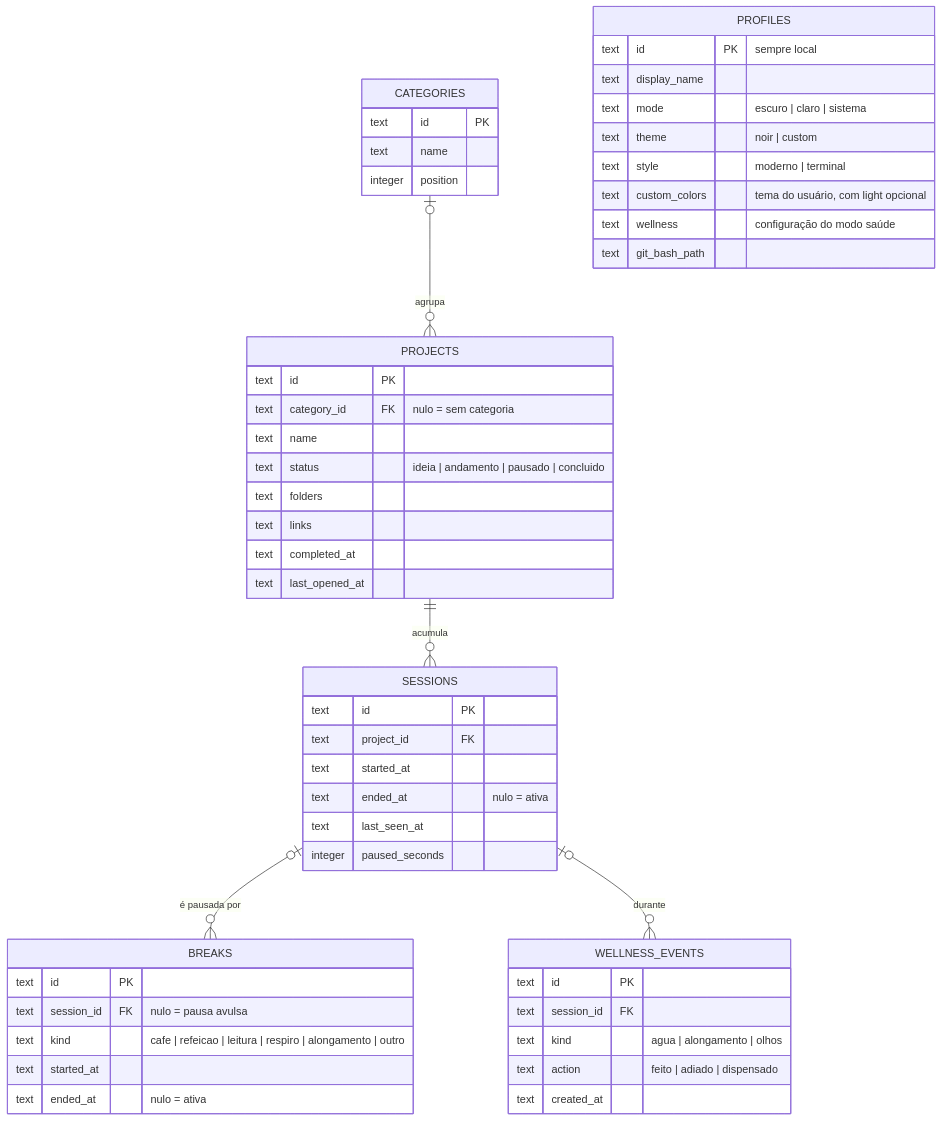
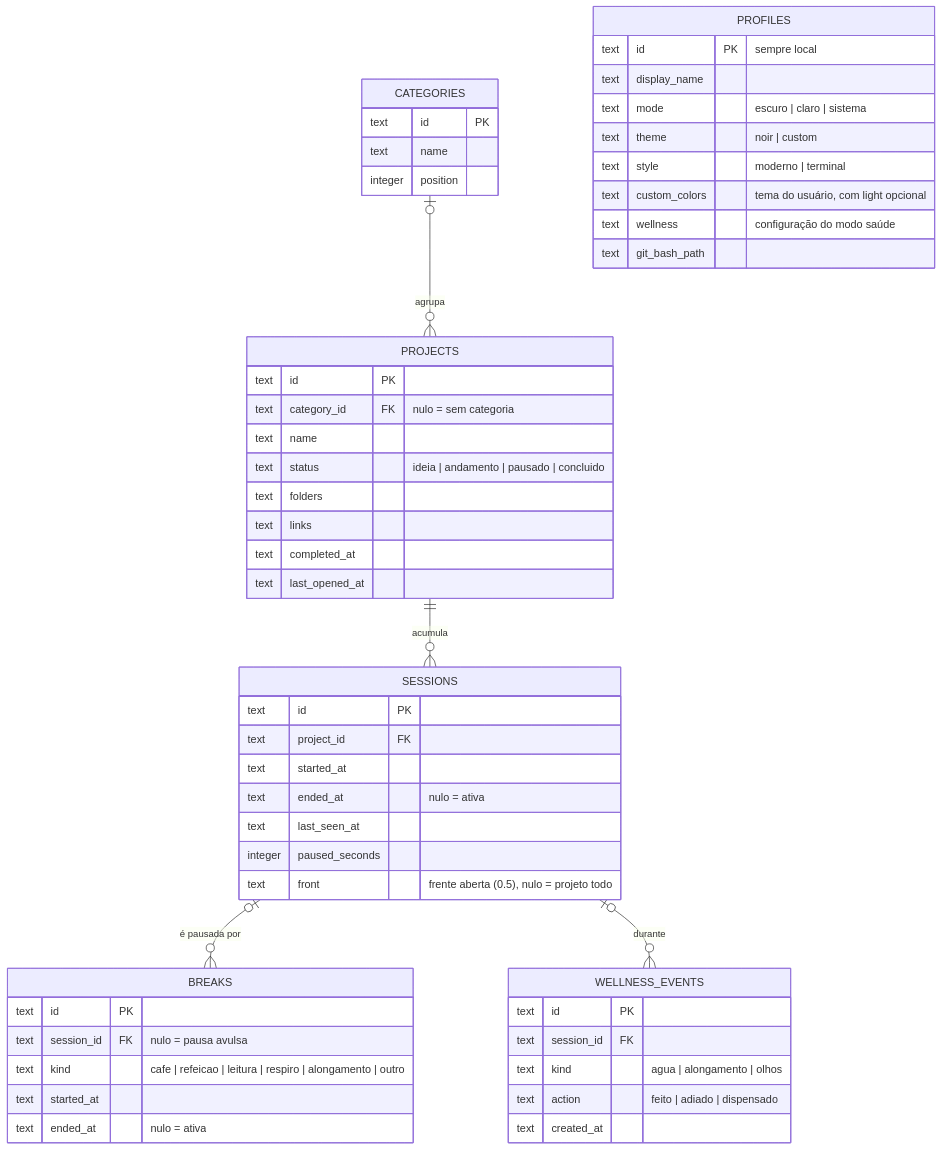
The diagram in docs/DAT-001-modelo-de-dados.md (SamaraSilvia81/gwen-app), drawn with Mermaid before and after one commit. The commit also changed other lines of this file and 18 other files, not shown here.

````diff
--- a/docs/DAT-001-modelo-de-dados.md
+++ b/docs/DAT-001-modelo-de-dados.md
@@ -47,55 +47,56 @@
 ```mermaid
 erDiagram
   CATEGORIES |o--o{ PROJECTS : "agrupa"
   PROJECTS ||--o{ SESSIONS : "acumula"
   SESSIONS |o--o{ BREAKS : "é pausada por"
   SESSIONS |o--o{ WELLNESS_EVENTS : "durante"
 
   PROFILES {
     text id PK "sempre local"
     text display_name
     text mode "escuro | claro | sistema"
     text theme "noir | custom"
     text style "moderno | terminal"
     text custom_colors "tema do usuário, com light opcional"
     text wellness "configuração do modo saúde"
     text git_bash_path
   }
   CATEGORIES {
     text id PK
     text name
     integer position
   }
   PROJECTS {
     text id PK
     text category_id FK "nulo = sem categoria"
     text name
     text status "ideia | andamento | pausado | concluido"
     text folders
     text links
     text completed_at
     text last_opened_at
   }
   SESSIONS {
     text id PK
     text project_id FK
     text started_at
     text ended_at "nulo = ativa"
     text last_seen_at
     integer paused_seconds
+    text front "frente aberta (0.5), nulo = projeto todo"
   }
   WELLNESS_EVENTS {
     text id PK
     text session_id FK
     text kind "agua | alongamento | olhos"
     text action "feito | adiado | dispensado"
     text created_at
   }
   BREAKS {
     text id PK
     text session_id FK "nulo = pausa avulsa"
     text kind "cafe | refeicao | leitura | respiro | alongamento | outro"
     text started_at
     text ended_at "nulo = ativa"
   }
 ```
````
